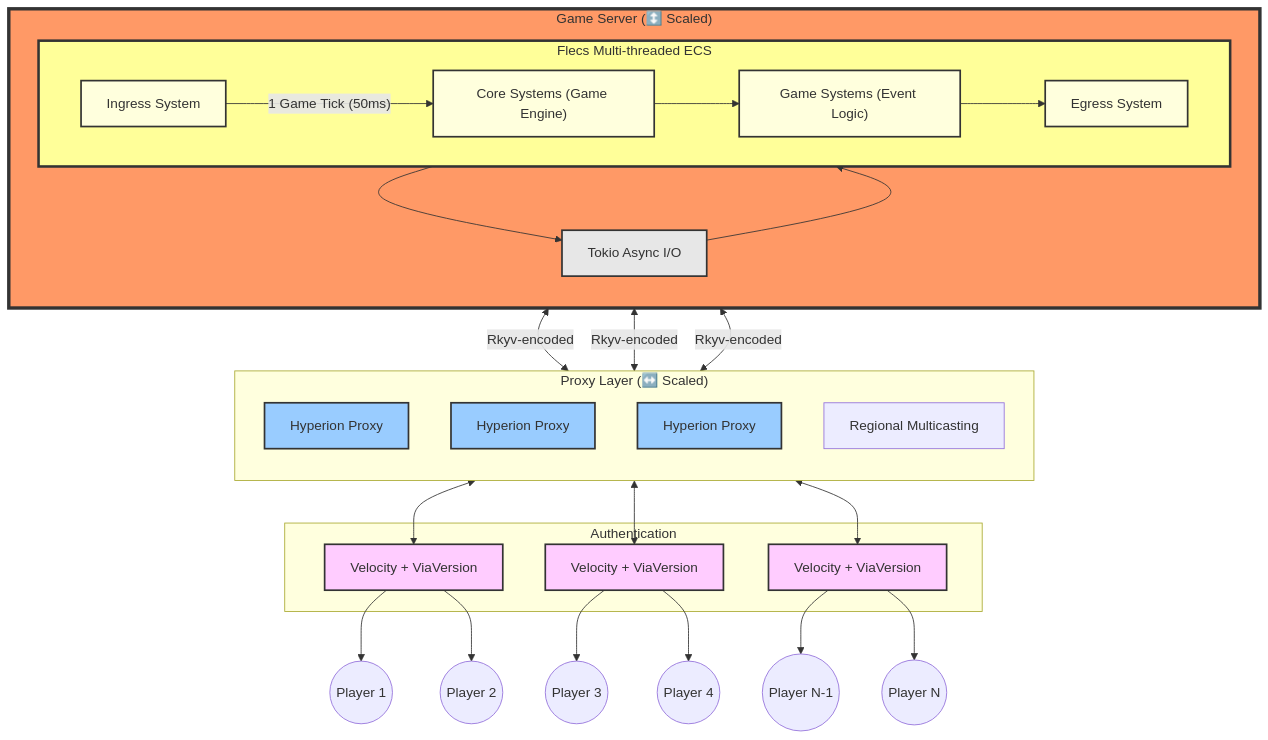
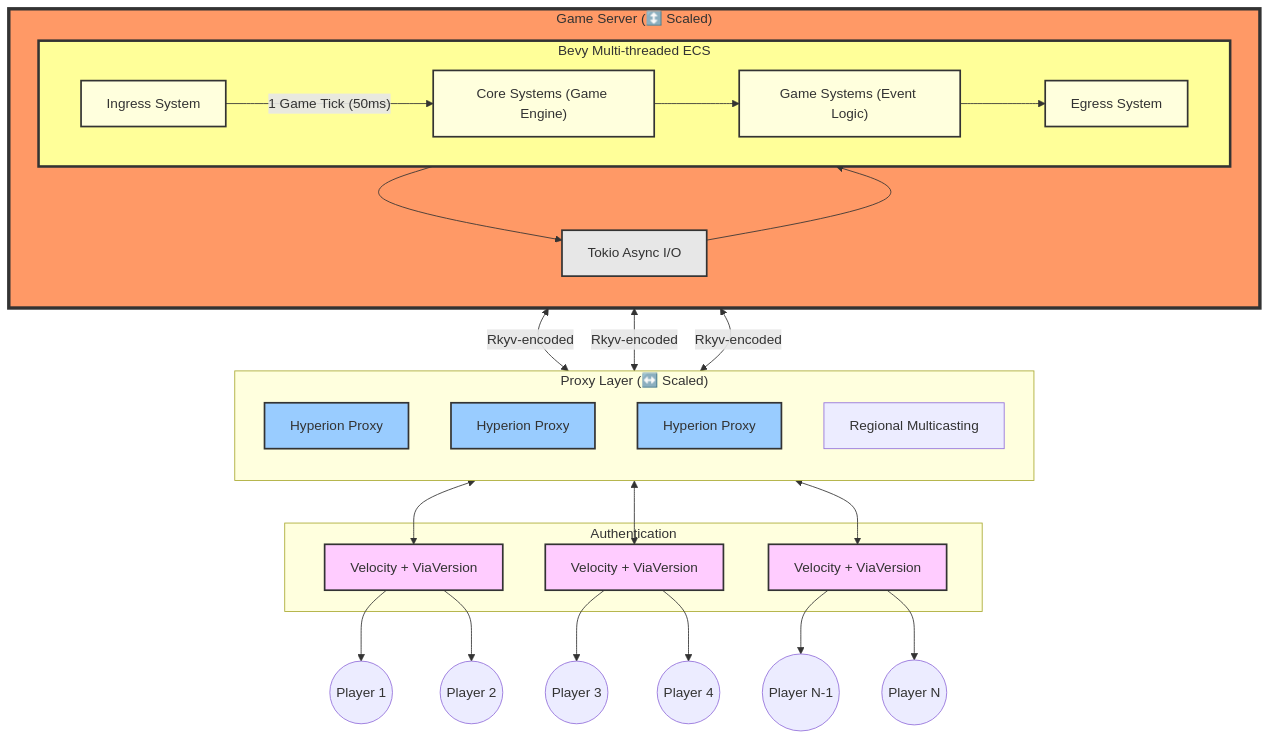
The first of 2 diagrams in README.md (hyperion-mc/hyperion), drawn with Mermaid before and after one commit. The commit also changed other lines of this file and 7 other files, not shown here.

Commit message:
docs: describe new architecture and event

````diff
--- a/README.md
+++ b/README.md
@@ -82,65 +75,65 @@
 ```mermaid
 flowchart TB
     subgraph GameServer["Game Server (↕️ Scaled)"]
         direction TB
-        subgraph FlecsMT["Flecs Multi-threaded ECS"]
+        subgraph BevyMT["Bevy Multi-threaded ECS"]
             direction LR
             IngressSys["Ingress System"] --> |"1 Game Tick (50ms)"| CoreSys["Core Systems (Game Engine)"] --> GameSys["Game Systems (Event Logic)"] --> EgressSys["Egress System"]
         end
         
         TokioIO["Tokio Async I/O"]
         TokioIO --> IngressSys
         EgressSys --> TokioIO
     end
     
     subgraph ProxyLayer["Proxy Layer (↔️ Scaled)"]
         direction TB
         Proxy1["Hyperion Proxy"]
         Proxy2["Hyperion Proxy"]
         ProxyN["Hyperion Proxy"]
         
         MulticastLogic["Regional Multicasting"]
     end
     
     subgraph AuthLayer["Authentication"]
         Velocity1["Velocity + ViaVersion"]
         Velocity2["Velocity + ViaVersion"]
         VelocityN["Velocity + ViaVersion"]
     end
     
     Player1_1((Player 1))
     Player1_2((Player 2))
     Player2_1((Player 3))
     Player2_2((Player 4))
     PlayerN_1((Player N-1))
     PlayerN_2((Player N))
     
     TokioIO <--> |"Rkyv-encoded"| Proxy1
     TokioIO <--> |"Rkyv-encoded"| Proxy2
     TokioIO <--> |"Rkyv-encoded"| ProxyN
     
     Proxy1 <--> Velocity1
     Proxy2 <--> Velocity2
     ProxyN <--> VelocityN
     
     Velocity1 --> Player1_1
     Velocity1 --> Player1_2
     Velocity2 --> Player2_1
     Velocity2 --> Player2_2
     VelocityN --> PlayerN_1
     VelocityN --> PlayerN_2
     
     classDef server fill:#f96,stroke:#333,stroke-width:4px
     classDef proxy fill:#9cf,stroke:#333,stroke-width:2px
     classDef auth fill:#fcf,stroke:#333,stroke-width:2px
     classDef ecs fill:#ff9,stroke:#333,stroke-width:3px
     classDef system fill:#ffd,stroke:#333,stroke-width:2px
     classDef async fill:#e7e7e7,stroke:#333,stroke-width:2px
     
     class GameServer server
-    class FlecsMT ecs
+    class BevyMT ecs
     class IngressSys,CoreSys,GameSys,EgressSys system
     class Proxy1,Proxy2,ProxyN proxy
     class Velocity1,Velocity2,VelocityN auth
     class TokioIO async
 ```
````
